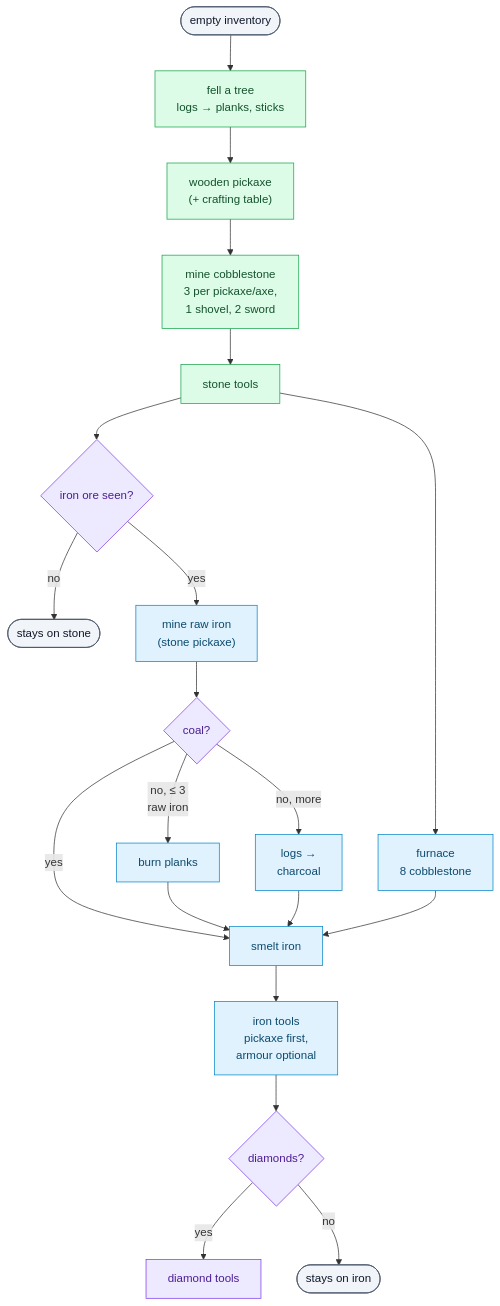
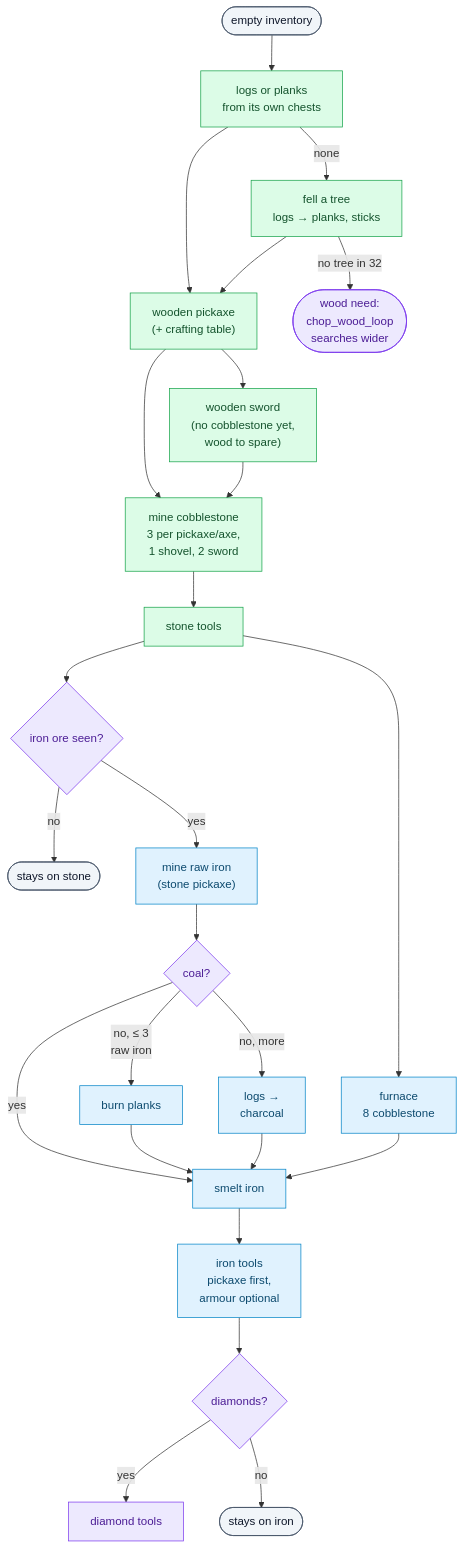
Before and after one commit to thereisnotime/golemkit: the diagram in docs/guide/progression.md, drawn with Mermaid. The commit also changed other lines of this file and 7 other files, not shown here.

Commit message:
docs, spec: wood ladder, planks per kind, wood need

````diff
--- a/docs/guide/progression.md
+++ b/docs/guide/progression.md
@@ -14,29 +14,35 @@
 ```mermaid
 flowchart TD
-  START(["empty inventory"]) --> LOGS["fell a tree<br/>logs → planks, sticks"]
+  START(["empty inventory"]) --> CHEST["logs or planks<br/>from its own chests"]
+  CHEST -->|none| LOGS["fell a tree<br/>logs → planks, sticks"]
+  CHEST --> WP
+  LOGS -->|"no tree in 32"| NEED(["wood need:<br/>chop_wood_loop<br/>searches wider"])
   LOGS --> WP["wooden pickaxe<br/>(+ crafting table)"]
-  WP --> COB["mine cobblestone<br/>3 per pickaxe/axe,<br/>1 shovel, 2 sword"]
+  WP --> SW["wooden sword<br/>(no cobblestone yet,<br/>wood to spare)"]
+  WP --> COB
+  SW --> COB["mine cobblestone<br/>3 per pickaxe/axe,<br/>1 shovel, 2 sword"]
   COB --> STONE["stone tools"]
   STONE --> FURN["furnace<br/>8 cobblestone"]
   STONE --> ORE{"iron ore seen?"}
   ORE -->|no| STOPS(["stays on stone"])
   ORE -->|yes| RAW["mine raw iron<br/>(stone pickaxe)"]
   RAW --> FUEL{"coal?"}
   FUEL -->|yes| SMELT["smelt iron"]
   FUEL -->|"no, ≤ 3<br/>raw iron"| PLANKS["burn planks"] --> SMELT
   FUEL -->|"no, more"| CHAR["logs →<br/>charcoal"] --> SMELT
   FURN --> SMELT
   SMELT --> IRON["iron tools<br/>pickaxe first,<br/>armour optional"]
   IRON --> DIA{"diamonds?"}
   DIA -->|yes| DT["diamond tools"]
   DIA -->|no| STOPI(["stays on iron"])
 
   classDef cmd fill:#f1f5f9,stroke:#475569,color:#0f172a
   classDef prof fill:#dcfce7,stroke:#16a34a,color:#14532d
   classDef vari fill:#e0f2fe,stroke:#0284c7,color:#0c4a6e
   classDef inst fill:#ede9fe,stroke:#7c3aed,color:#4c1d95
   class START,STOPS,STOPI cmd
-  class LOGS,WP,COB,STONE prof
+  class LOGS,WP,COB,STONE,CHEST,SW prof
+  class NEED inst
   class FURN,RAW,SMELT,PLANKS,CHAR,IRON vari
   class ORE,FUEL,DIA,DT inst
 ```
````
